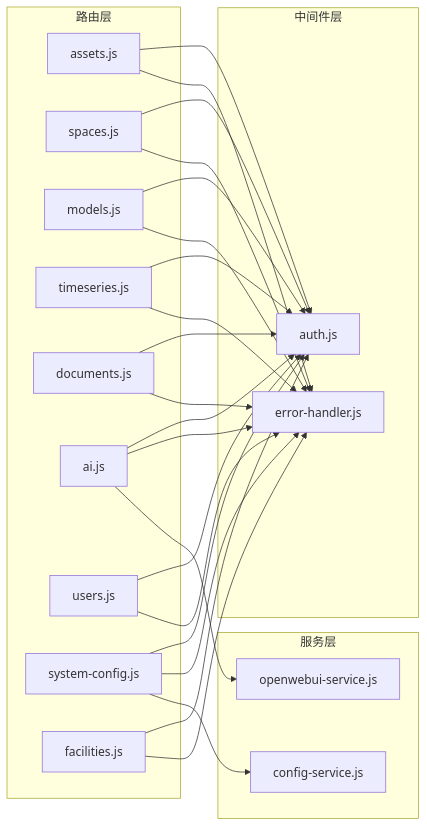
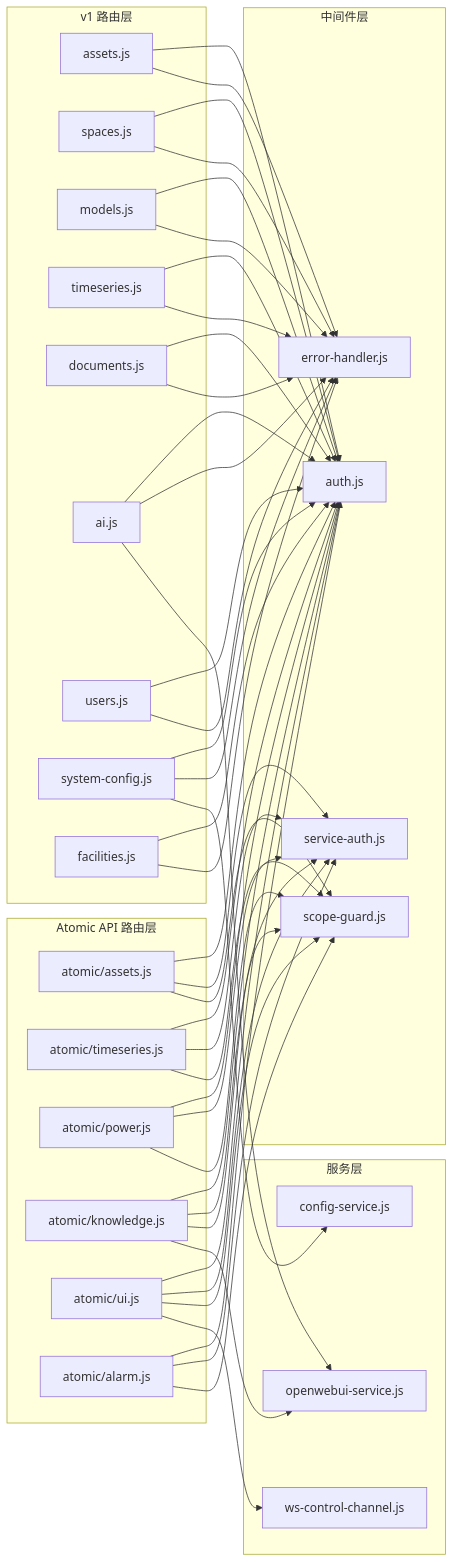
Before and after one commit to ideeinfo/TwinSight: the third of 3 diagrams in repowiki/zh/content/后端架构/API路由设计/API路由设计.md, drawn with Mermaid. The commit also changed other lines of this file and 2 other files, not shown here.

````diff
--- a/repowiki/zh/content/后端架构/API路由设计/API路由设计.md
+++ b/repowiki/zh/content/后端架构/API路由设计/API路由设计.md
@@ -326,42 +392,73 @@
 ```mermaid
 graph LR
-subgraph "路由层"
+subgraph "v1 路由层"
 R1["assets.js"]
 R2["spaces.js"]
 R3["models.js"]
 R4["timeseries.js"]
 R5["documents.js"]
 R6["ai.js"]
 R7["users.js"]
 R8["system-config.js"]
 R9["facilities.js"]
 end
+subgraph "Atomic API 路由层"
+A1["atomic/assets.js"]
+A2["atomic/timeseries.js"]
+A3["atomic/power.js"]
+A4["atomic/knowledge.js"]
+A5["atomic/ui.js"]
+A6["atomic/alarm.js"]
+end
 subgraph "中间件层"
 M1["auth.js"]
 M2["error-handler.js"]
+M3["service-auth.js"]
+M4["scope-guard.js"]
 end
 subgraph "服务层"
 S1["config-service.js"]
 S2["openwebui-service.js"]
+S3["ws-control-channel.js"]
 end
 R1 --> M1
 R2 --> M1
 R3 --> M1
 R4 --> M1
 R5 --> M1
 R6 --> M1
 R7 --> M1
 R8 --> M1
 R9 --> M1
 R1 --> M2
 R2 --> M2
 R3 --> M2
 R4 --> M2
 R5 --> M2
 R6 --> M2
 R7 --> M2
 R8 --> M2
 R9 --> M2
 R8 --> S1
 R6 --> S2
+A1 --> M1
+A2 --> M1
+A3 --> M1
+A4 --> M1
+A5 --> M1
+A6 --> M1
+A1 --> M3
+A2 --> M3
+A3 --> M3
+A4 --> M3
+A5 --> M3
+A6 --> M3
+A1 --> M4
+A2 --> M4
+A3 --> M4
+A4 --> M4
+A5 --> M4
+A6 --> M4
+A4 --> S2
+A5 --> S3
 ```
````
